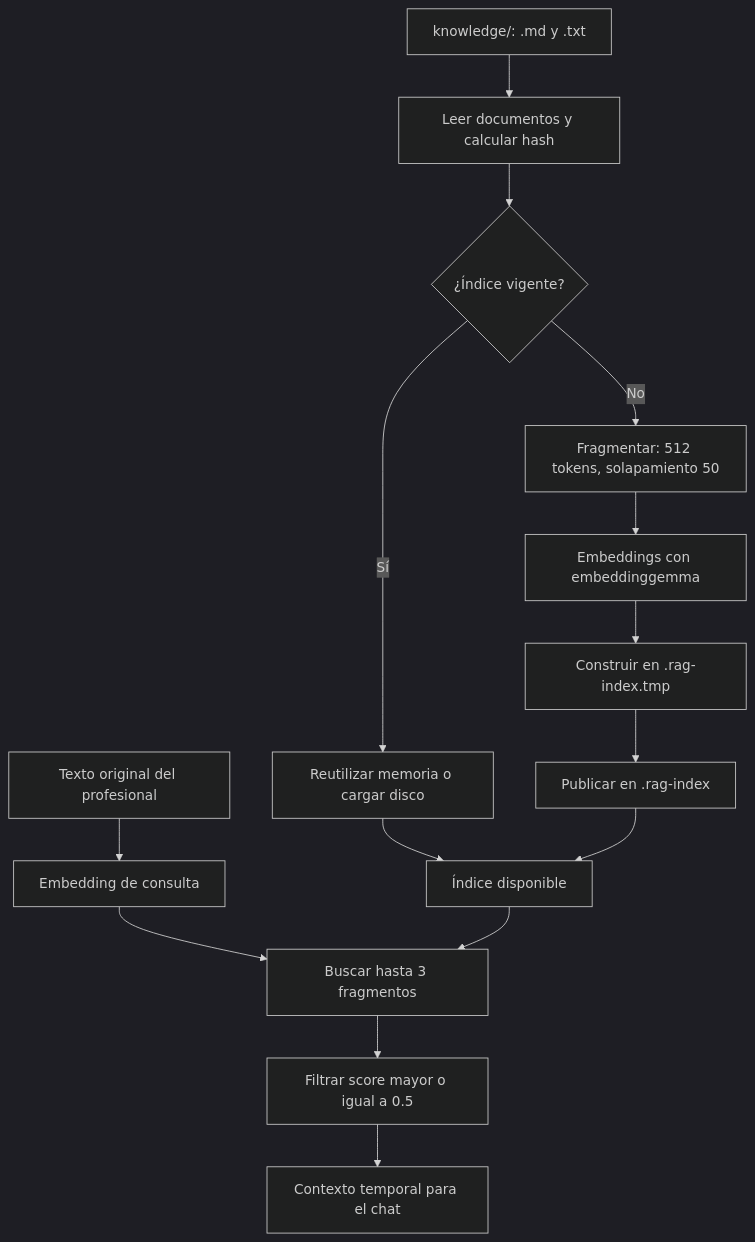
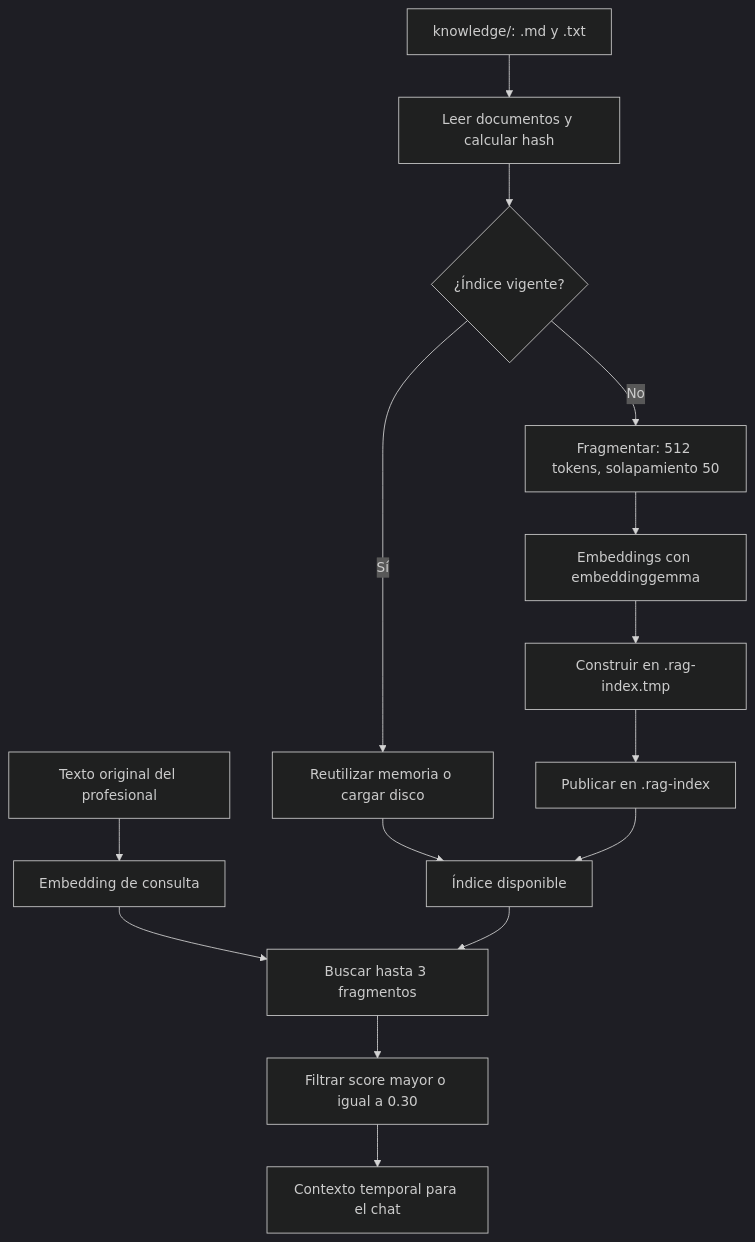
Before and after one commit to fedemaximovicz/triage: the diagram in docs/guia/06-rag.md, drawn with Mermaid (dark theme). The commit also changed other lines of this file and 9 other files, not shown here.

````diff
--- a/docs/guia/06-rag.md
+++ b/docs/guia/06-rag.md
@@ -24,17 +25,17 @@
 ```mermaid
 flowchart TD
     K["knowledge/: .md y .txt"] --> H["Leer documentos y calcular hash"]
     H --> V{"¿Índice vigente?"}
     V -->|Sí| L["Reutilizar memoria o cargar disco"]
     V -->|No| S["Fragmentar: 512 tokens, solapamiento 50"]
     S --> E["Embeddings con embeddinggemma"]
     E --> T["Construir en .rag-index.tmp"]
     T --> P["Publicar en .rag-index"]
     L --> I["Índice disponible"]
     P --> I
     Q["Texto original del profesional"] --> QE["Embedding de consulta"]
     QE --> R["Buscar hasta 3 fragmentos"]
     I --> R
-    R --> F["Filtrar score mayor o igual a 0.5"]
+    R --> F["Filtrar score mayor o igual a 0.30"]
     F --> C["Contexto temporal para el chat"]
 ```
````
